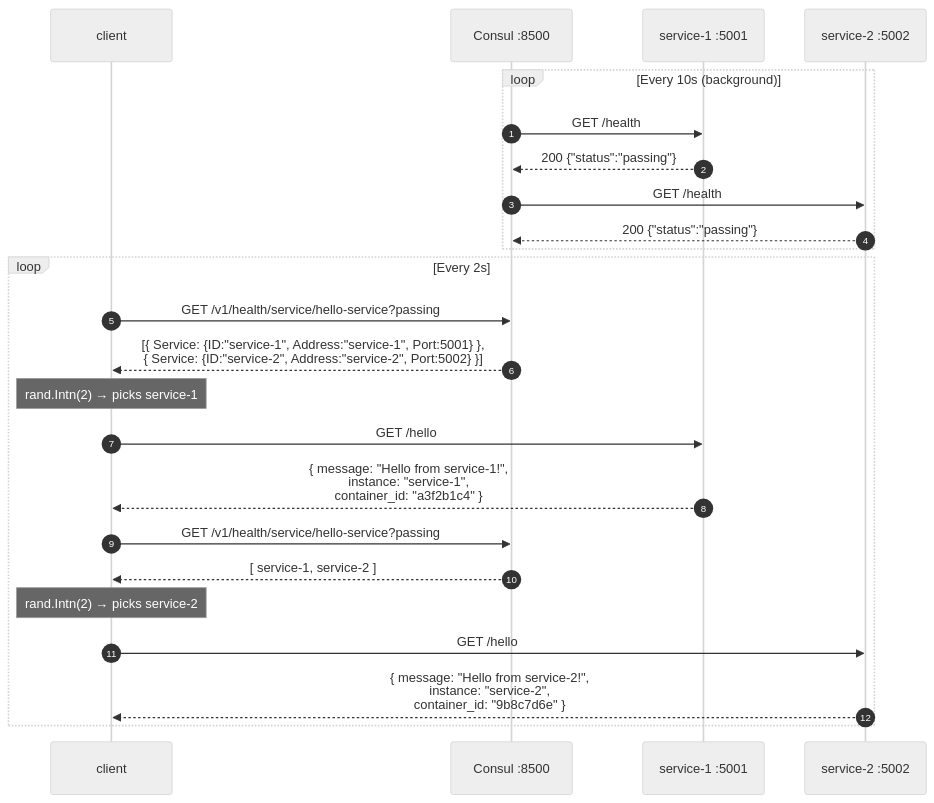
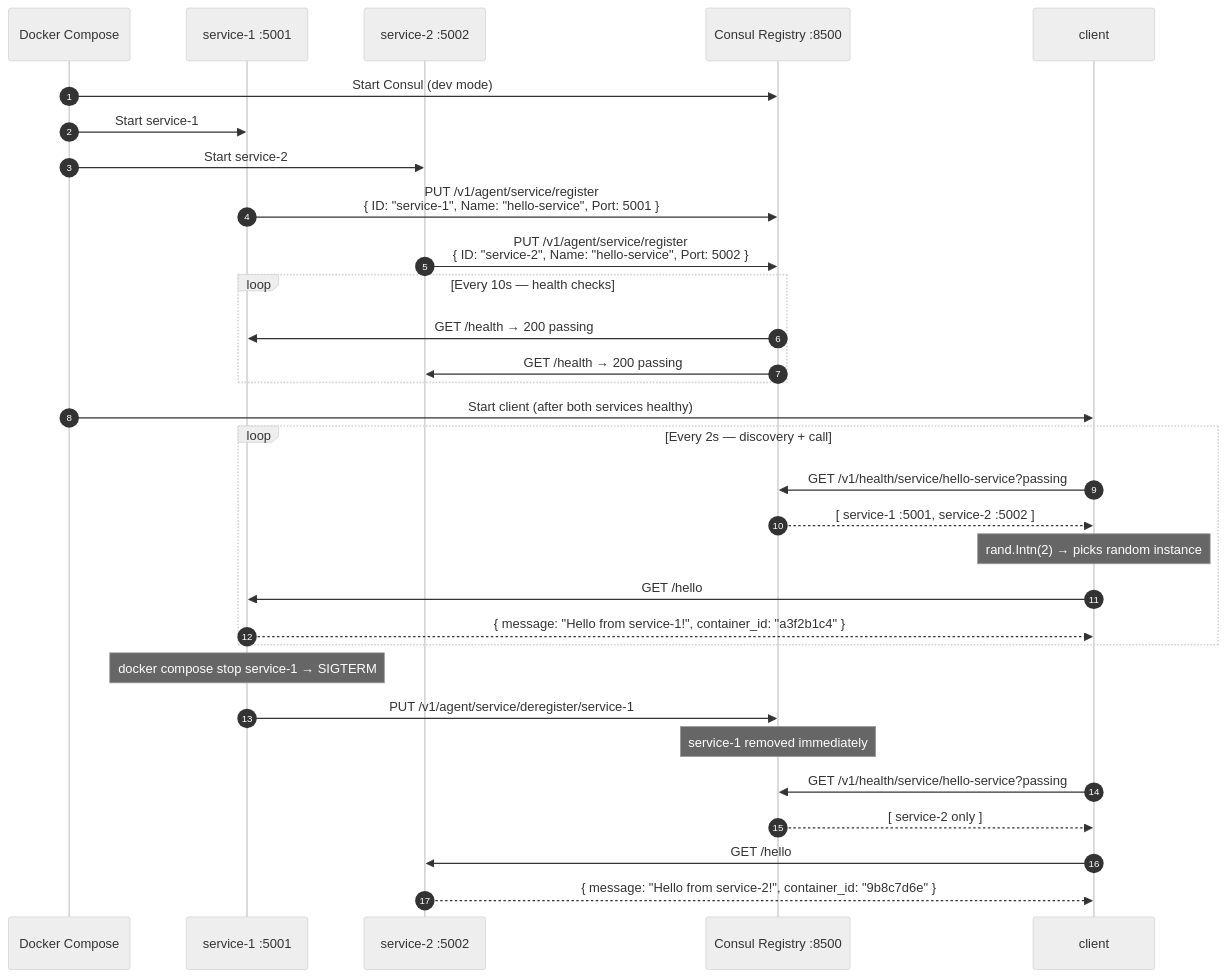
The diagram in README.md (Prathamesh0421/CMPE-273-week-7-assignment), drawn with Mermaid (neutral theme) before and after one commit. The commit also changed other lines of this file, not shown here.

````diff
--- a/README.md
+++ b/README.md
@@ -89,31 +7,40 @@
 ```mermaid
 sequenceDiagram
     autonumber
-    participant CL as client
-    participant C as Consul :8500
+    participant DC as Docker Compose
     participant S1 as service-1 :5001
     participant S2 as service-2 :5002
+    participant C  as Consul Registry :8500
+    participant CL as client
 
-    loop Every 10s (background)
-        C->>S1: GET /health
-        S1-->>C: 200 {"status":"passing"}
-        C->>S2: GET /health
-        S2-->>C: 200 {"status":"passing"}
+    DC->>C: Start Consul (dev mode)
+    DC->>S1: Start service-1
+    DC->>S2: Start service-2
+
+    S1->>C: PUT /v1/agent/service/register<br/>{ ID: "service-1", Name: "hello-service", Port: 5001 }
+    S2->>C: PUT /v1/agent/service/register<br/>{ ID: "service-2", Name: "hello-service", Port: 5002 }
+
+    loop Every 10s — health checks
+        C->>S1: GET /health → 200 passing
+        C->>S2: GET /health → 200 passing
     end
 
-    loop Every 2s
+    DC->>CL: Start client (after both services healthy)
+
+    loop Every 2s — discovery + call
         CL->>C: GET /v1/health/service/hello-service?passing
-        C-->>CL: [{ Service: {ID:"service-1", Address:"service-1", Port:5001} },<br/>           { Service: {ID:"service-2", Address:"service-2", Port:5002} }]
+        C-->>CL: [ service-1 :5001, service-2 :5002 ]
+        Note over CL: rand.Intn(2) → picks random instance
+        CL->>S1: GET /hello
+        S1-->>CL: { message: "Hello from service-1!", container_id: "a3f2b1c4" }
+    end
 
-        Note over CL: rand.Intn(2) → picks service-1
-        CL->>S1: GET /hello
-        S1-->>CL: { message: "Hello from service-1!",<br/>             instance: "service-1",<br/>             container_id: "a3f2b1c4" }
+    Note over S1: docker compose stop service-1 → SIGTERM
+    S1->>C: PUT /v1/agent/service/deregister/service-1
+    Note over C: service-1 removed immediately
 
-        CL->>C: GET /v1/health/service/hello-service?passing
-        C-->>CL: [ service-1, service-2 ]
-
-        Note over CL: rand.Intn(2) → picks service-2
-        CL->>S2: GET /hello
-        S2-->>CL: { message: "Hello from service-2!",<br/>             instance: "service-2",<br/>             container_id: "9b8c7d6e" }
-    end
+    CL->>C: GET /v1/health/service/hello-service?passing
+    C-->>CL: [ service-2 only ]
+    CL->>S2: GET /hello
+    S2-->>CL: { message: "Hello from service-2!", container_id: "9b8c7d6e" }
 ```
````
